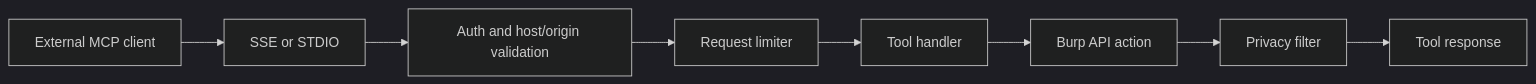
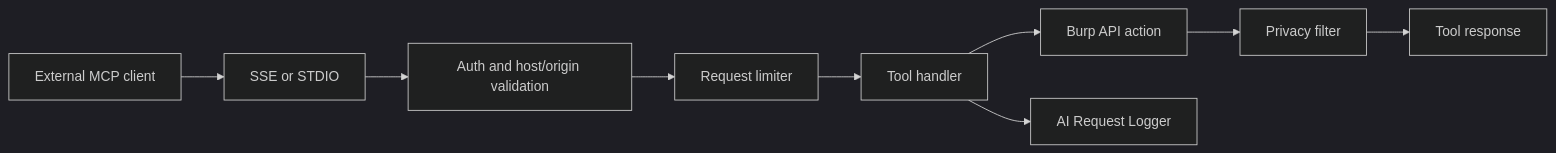
The seventh of 9 diagrams in developer/data-flow.md (six2dez/burp-ai-agent-docs), drawn with Mermaid (dark theme) before and after one commit. The commit also changed other lines of this file and 43 other files, not shown here.

````diff
--- a/developer/data-flow.md
+++ b/developer/data-flow.md
@@ -96,13 +135,15 @@
 ```mermaid
 flowchart LR
     Client[External MCP client]
     Transport[SSE or STDIO]
     Auth[Auth and host/origin validation]
     Limit[Request limiter]
     Handler[Tool handler]
     Burp[Burp API action]
     Privacy[Privacy filter]
     Resp[Tool response]
+    Log[AI Request Logger]
 
     Client --> Transport --> Auth --> Limit --> Handler --> Burp --> Privacy --> Resp
+    Handler --> Log
 ```
````
